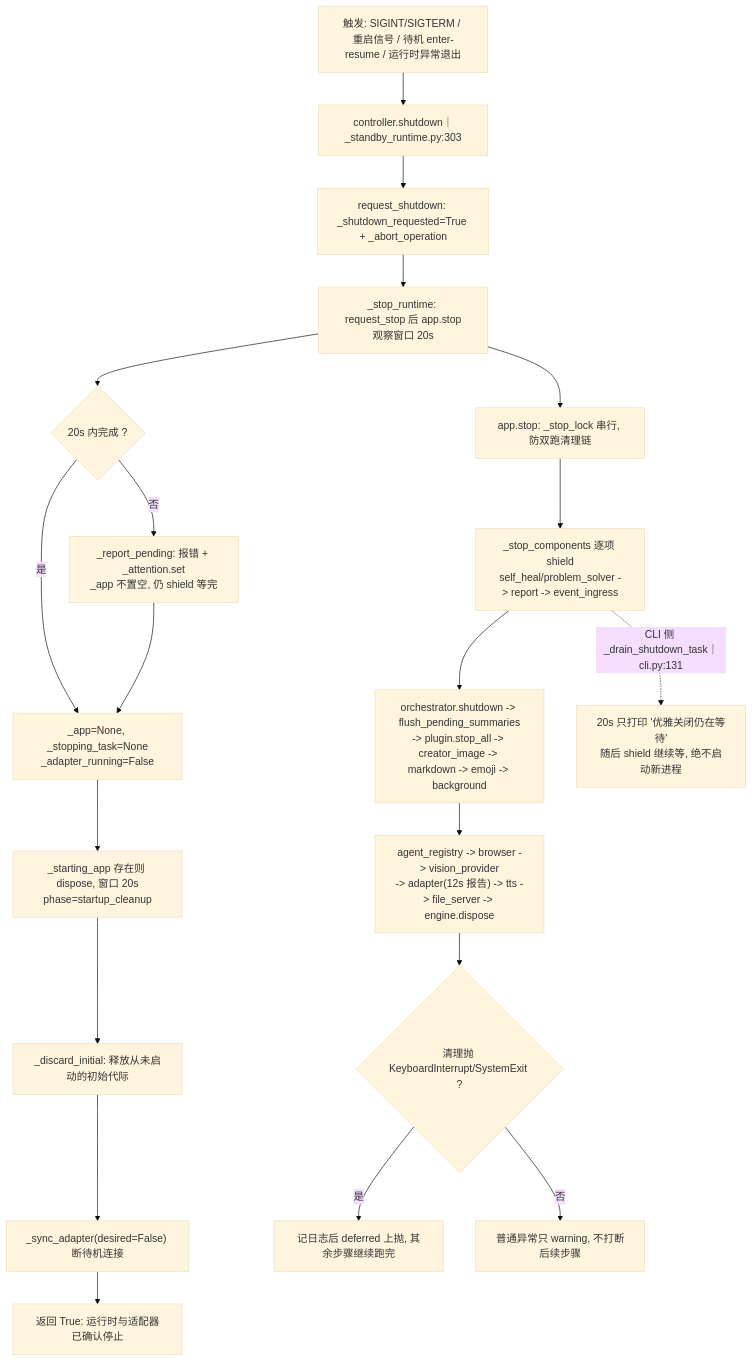
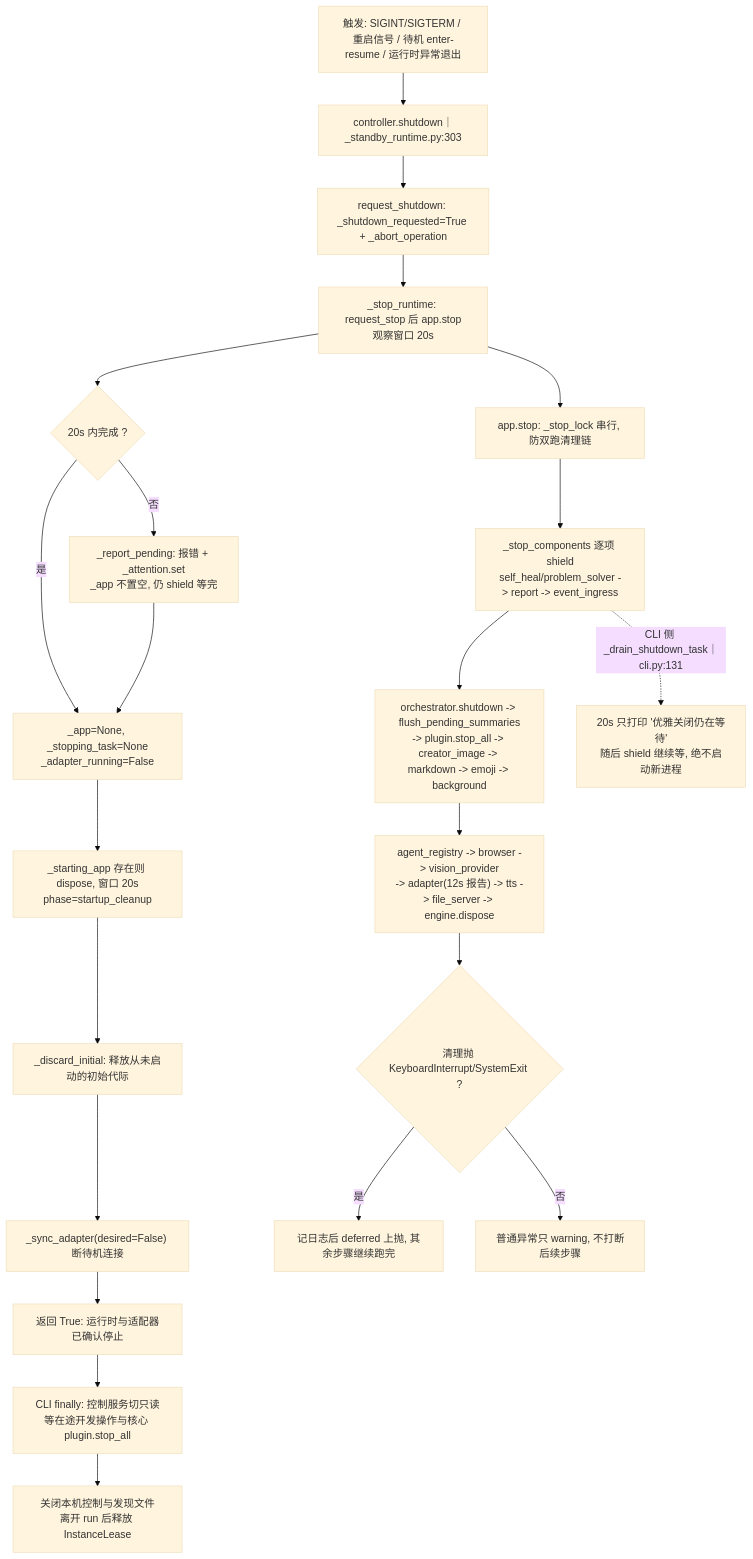
The tenth of 13 diagrams in docs/flow/01-startup-shutdown.md (ABPolaris/NeoBot), drawn with Mermaid (base theme) before and after one commit. The commit also changed other lines of this file and 381 other files, not shown here.

````diff
--- a/docs/flow/01-startup-shutdown.md
+++ b/docs/flow/01-startup-shutdown.md
@@ -452,22 +476,24 @@
 ```mermaid
 flowchart TD
     A["触发: SIGINT/SIGTERM / 重启信号 / 待机 enter-resume / 运行时异常退出"] --> B["controller.shutdown｜_standby_runtime.py:303"]
     B --> C["request_shutdown: _shutdown_requested=True + _abort_operation"]
     C --> D["_stop_runtime: request_stop 后 app.stop<br/>观察窗口 20s"]
     D --> E{"20s 内完成 ?"}
     E -- 否 --> E1["_report_pending: 报错 + _attention.set<br/>_app 不置空, 仍 shield 等完"]
     E -- 是 --> E2["_app=None, _stopping_task=None<br/>_adapter_running=False"]
     E1 --> E2
     E2 --> F["_starting_app 存在则 dispose, 窗口 20s<br/>phase=startup_cleanup"]
     F --> G["_discard_initial: 释放从未启动的初始代际"]
     G --> H["_sync_adapter(desired=False) 断待机连接"]
     H --> I["返回 True: 运行时与适配器已确认停止"]
+    I --> IC["CLI finally: 控制服务切只读<br/>等在途开发操作与核心 plugin.stop_all"]
+    IC --> IX["关闭本机控制与发现文件<br/>离开 run 后释放 InstanceLease"]
     D --> J["app.stop: _stop_lock 串行, 防双跑清理链"]
     J --> K["_stop_components 逐项 shield<br/>self_heal/problem_solver -> report -> event_ingress"]
     K --> L["orchestrator.shutdown -> flush_pending_summaries<br/>-> plugin.stop_all -> creator_image -> markdown -> emoji -> background"]
     L --> M["agent_registry -> browser -> vision_provider<br/>-> adapter(12s 报告) -> tts -> file_server -> engine.dispose"]
     M --> N{"清理抛 KeyboardInterrupt/SystemExit ?"}
     N -- 是 --> N1["记日志后 deferred 上抛, 其余步骤继续跑完"]
     N -- 否 --> N2["普通异常只 warning, 不打断后续步骤"]
     K -.->|CLI 侧 _drain_shutdown_task｜cli.py:131| O["20s 只打印 '优雅关闭仍在等待'<br/>随后 shield 继续等, 绝不启动新进程"]
 ```
````
